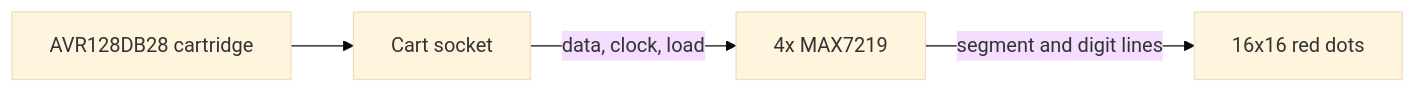
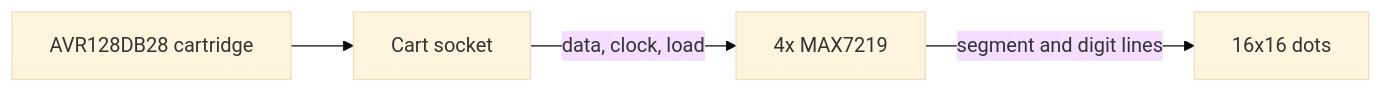
One commit to gustavostuff/maki-nita changed the diagram in docs/video.md. Above: the diagram before and after it, drawn with Mermaid (base theme). The commit also changed other lines of this file and 4 other files, not shown here.

````diff
--- a/docs/video.md
+++ b/docs/video.md
@@ -11,6 +11,6 @@
 ```mermaid
 flowchart LR
   cart[AVR128DB28 cartridge] --> socket[Cart socket]
   socket -->|data, clock, load| drivers[4x MAX7219]
-  drivers -->|segment and digit lines| leds[16x16 red dots]
+  drivers -->|segment and digit lines| leds[16x16 dots]
 ```
````
